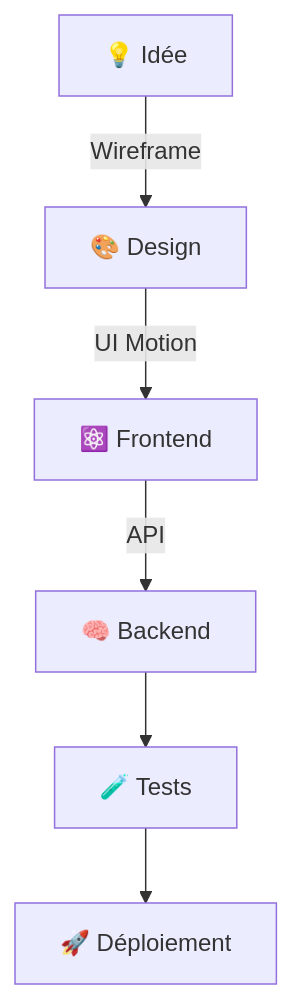
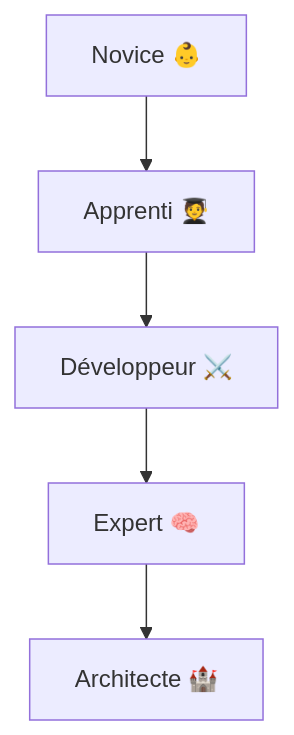
Before and after one commit to Meikaziku/Meikaziku: the diagram in README.md, drawn with Mermaid. The commit also changed other lines of this file, not shown here.

````diff
--- a/README.md
+++ b/README.md
@@ -42,8 +37,7 @@
 ```mermaid
 flowchart TD
-    A[💡 Idée] -->|Wireframe| B[🎨 Design]
-    B -->|UI Motion| C[⚛️ Frontend]
-    C -->|API| D[🧠 Backend]
-    D --> E[🧪 Tests]
-    E --> F[🚀 Déploiement]
+    A[Novice 👶] --> B[Apprenti 🧑‍🎓]
+    B --> C[Développeur ⚔️]
+    C --> D[Expert 🧠]
+    D --> E[Architecte 🏰]
 ```
````
